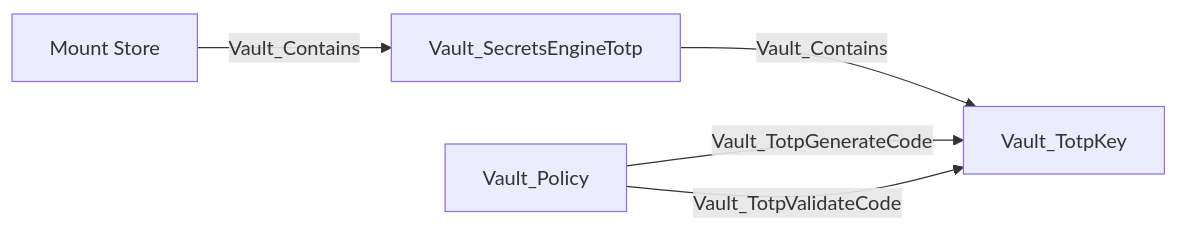
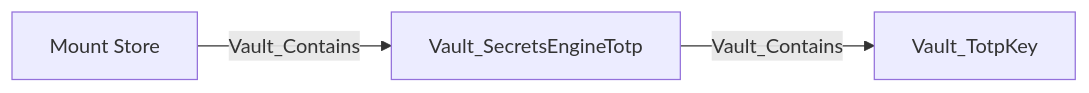
Before and after one commit to bytewreck/opengraph-vault: diagram 26 of 29 in Documentation/stores/MOUNTS.md, drawn with Mermaid. The commit also changed other lines of this file and 3 other files, not shown here.

````diff
--- a/Documentation/stores/MOUNTS.md
+++ b/Documentation/stores/MOUNTS.md
@@ -467,7 +437,5 @@
 ```mermaid
 flowchart LR
     store[Mount Store] -->|Vault_Contains| mount[Vault_SecretsEngineTotp]
     mount -->|Vault_Contains| key[Vault_TotpKey]
-    policy[Vault_Policy] -->|Vault_TotpGenerateCode| key
-    policy -->|Vault_TotpValidateCode| key
 ```
````
